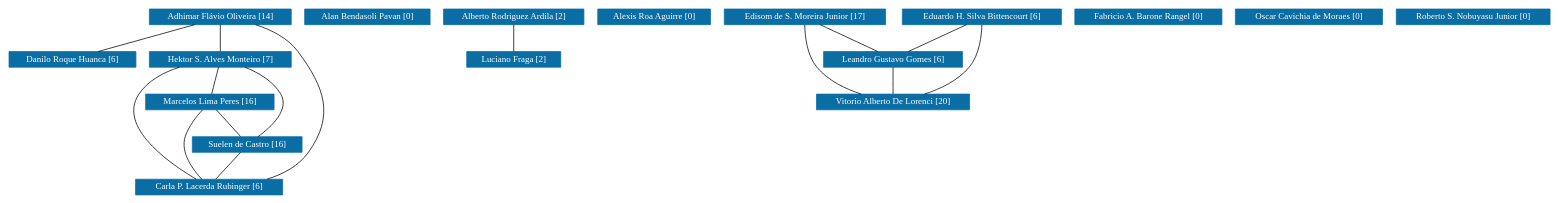
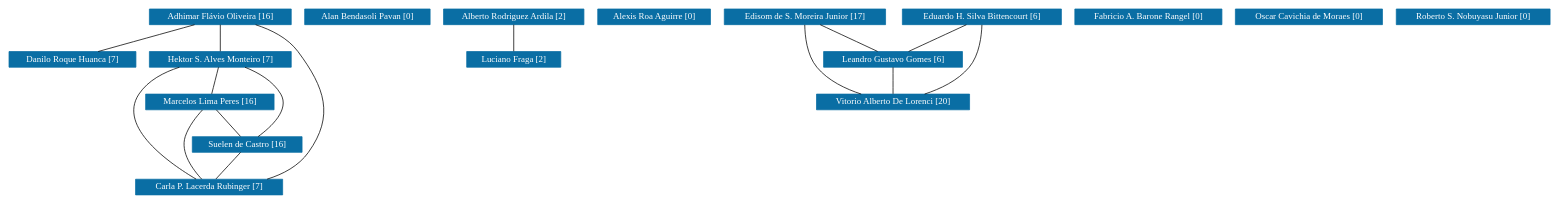
Before and after one commit to icamps/unifal-lattes.github.io: the diagram in UNIFEI/grafoDeColaboracoesSemPesos.dot, drawn with Graphviz. The commit also changed 878 other files, not shown here.

```diff
--- a/UNIFEI/grafoDeColaboracoesSemPesos.dot
+++ b/UNIFEI/grafoDeColaboracoesSemPesos.dot
@@ -1,145 +1,145 @@
 strict graph grafo1 {
 	graph [bb="0,0,1717,249",
 		id=grafo1,
 		overlap=False
 	];
 	node [fontsize=12,
 		label="\N",
 		shape=rectangle,
 		style=filled
 	];
 	0	 [URL="membro-1031795555698099.html",
 		color="#0A6EA4",
 		fontcolor="#FFFFFF",
 		height=0.29167,
-		label="Adhimar Flávio Oliveira [14]",
+		label="Adhimar Flávio Oliveira [16]",
 		pos="234.5,238.5",
 		width=2.1389];
 	4	 [URL="membro-8697679642900908.html",
 		color="#0A6EA4",
 		fontcolor="#FFFFFF",
 		height=0.29167,
-		label="Danilo Roque Huanca [6]",
+		label="Danilo Roque Huanca [7]",
 		pos="69.5,181.5",
 		width=1.9306];
 	0 -- 4	 [pos="203.85,227.91 174.21,217.67 129.57,202.25 99.984,192.03"];
 	8	 [URL="membro-2145668168587564.html",
 		color="#0A6EA4",
 		fontcolor="#FFFFFF",
 		height=0.29167,
 		label="Hektor S. Alves Monteiro [7]",
 		pos="234.5,181.5",
 		width=2.1528];
 	0 -- 8	 [pos="234.5,227.78 234.5,217.59 234.5,202.35 234.5,192.17"];
 	15	 [URL="membro-5158730912554506.html",
 		color="#0A6EA4",
 		fontcolor="#FFFFFF",
 		height=0.29167,
-		label="Carla P. Lacerda Rubinger [6]",
+		label="Carla P. Lacerda Rubinger [7]",
 		pos="223.5,10.5",
 		width=2.1944];
 	0 -- 15	 [pos="270,227.99 288.01,220.79 308.56,209.34 320.5,192 354.74,142.28 369.02,107.21 335.5,57 323.4,38.877 302.78,27.807 282.5,21.05"];
 	8 -- 15	 [pos="190.42,170.91 171.64,163.98 151.55,152.79 140.5,135 113.78,91.966 175.92,42.255 207.06,21.008"];
 	11	 [URL="membro-0335350966509134.html",
 		color="#0A6EA4",
 		fontcolor="#FFFFFF",
 		height=0.29167,
 		label="Marcelos Lima Peres [16]",
 		pos="219.5,124.5",
 		width=1.9306];
 	8 -- 11	 [pos="231.68,170.78 229,160.59 224.99,145.35 222.31,135.17"];
 	13	 [URL="membro-9126744461400749.html",
 		color="#0A6EA4",
 		fontcolor="#FFFFFF",
 		height=0.29167,
 		label="Suelen de Castro [16]",
 		pos="267.5,67.5",
 		width=1.6528];
 	8 -- 13	 [pos="258.19,170.96 272.41,163.24 289.29,151.26 297.5,135 307.44,115.31 290.48,91.607 278.28,78.173"];
 	11 -- 15	 [pos="212.26,113.62 204.34,100.36 193.41,77.232 198.5,57 201.81,43.845 209.65,30.359 215.67,21.321"];
 	11 -- 13	 [pos="228.53,113.78 237.11,103.59 249.94,88.348 258.51,78.173"];
 	13 -- 15	 [pos="259.22,56.779 251.36,46.588 239.59,31.348 231.74,21.173"];
 	1	 [URL="membro-8154959660506192.html",
 		color="#0A6EA4",
 		fontcolor="#FFFFFF",
 		height=0.29167,
 		label="Alan Bendasoli Pavan [0]",
 		pos="399.5,238.5",
 		width=1.9306];
 	2	 [URL="membro-7982796939759440.html",
 		color="#0A6EA4",
 		fontcolor="#FFFFFF",
 		height=0.29167,
 		label="Alberto Rodriguez Ardila [2]",
 		pos="564.5,238.5",
 		width=2.1528];
 	10	 [URL="membro-6549869827105994.html",
 		color="#0A6EA4",
 		fontcolor="#FFFFFF",
 		height=0.29167,
 		label="Luciano Fraga [2]",
 		pos="564.5,181.5",
 		width=1.4167];
 	2 -- 10	 [pos="564.5,227.78 564.5,217.59 564.5,202.35 564.5,192.17"];
 	3	 [URL="membro-3842382209626823.html",
 		color="#0A6EA4",
 		fontcolor="#FFFFFF",
 		height=0.29167,
 		label="Alexis Roa Aguirre [0]",
 		pos="722.5,238.5",
 		width=1.7361];
 	5	 [URL="membro-7966592529955054.html",
 		color="#0A6EA4",
 		fontcolor="#FFFFFF",
 		height=0.29167,
 		label="Edisom de S. Moreira Junior [17]",
 		pos="890.5,238.5",
 		width=2.4306];
 	9	 [URL="membro-4666057965864411.html",
 		color="#0A6EA4",
 		fontcolor="#FFFFFF",
 		height=0.29167,
 		label="Leandro Gustavo Gomes [6]",
 		pos="990.5,181.5",
 		width=2.1111];
 	5 -- 9	 [pos="909.31,227.78 927.19,217.59 953.92,202.35 971.78,192.17"];
 	14	 [URL="membro-1361400129993392.html",
 		color="#0A6EA4",
 		fontcolor="#FFFFFF",
 		height=0.29167,
 		label="Vitorio Alberto De Lorenci [20]",
 		pos="990.5,124.5",
 		width=2.3611];
 	5 -- 14	 [pos="890.26,227.79 890.48,213.46 892.81,187.89 905.5,171 918.33,153.92 939.35,142.34 957.28,135.01"];
 	9 -- 14	 [pos="990.5,170.78 990.5,160.59 990.5,145.35 990.5,135.17"];
 	6	 [URL="membro-9213789315416977.html",
 		color="#0A6EA4",
 		fontcolor="#FFFFFF",
 		height=0.29167,
 		label="Eduardo H. Silva Bittencourt [6]",
 		pos="1090.5,238.5",
 		width=2.3889];
 	6 -- 9	 [pos="1071.7,227.78 1053.8,217.59 1027.1,202.35 1009.2,192.17"];
 	6 -- 14	 [pos="1090.7,227.79 1090.5,213.46 1088.2,187.89 1075.5,171 1062.7,153.92 1041.6,142.34 1023.7,135.01"];
 	7	 [URL="membro-2436691587435689.html",
 		color="#0A6EA4",
 		fontcolor="#FFFFFF",
 		height=0.29167,
 		label="Fabricio A. Barone Rangel [0]",
 		pos="1275.5,238.5",
 		width=2.2361];
 	12	 [URL="membro-0422047938601624.html",
 		color="#0A6EA4",
 		fontcolor="#FFFFFF",
 		height=0.29167,
 		label="Oscar Cavichia de Moraes [0]",
 		pos="1453.5,238.5",
 		width=2.1944];
 	16	 [URL="membro-6458988217441388.html",
 		color="#0A6EA4",
 		fontcolor="#FFFFFF",
 		height=0.29167,
 		label="Roberto S. Nobuyasu Junior [0]",
 		pos="1633.5,238.5",
 		width=2.3194];
 }
```
